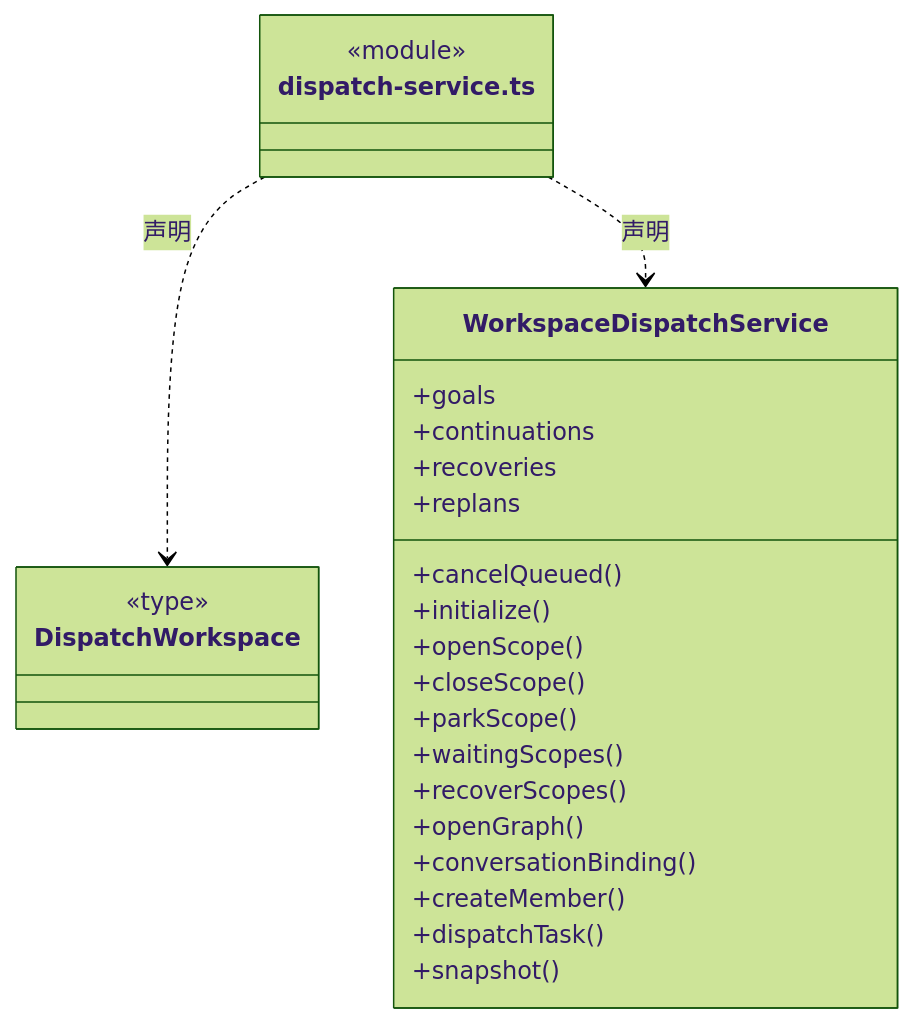
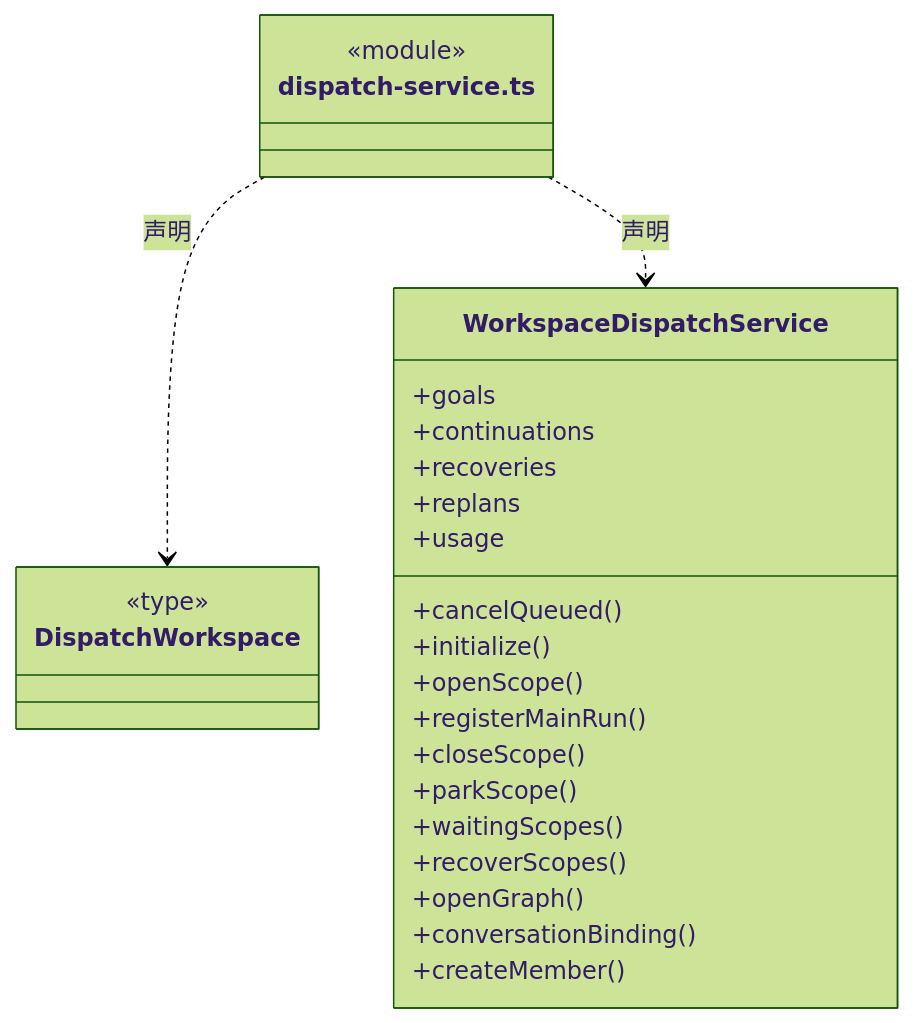
The sixth of 44 diagrams in src/backend/scheduler-engine/execution/ARCHITECTURE.md (nan023062/cbim), drawn with Mermaid (forest theme) before and after one commit. The commit also changed other lines of this file and 53 other files, not shown here.

````diff
--- a/src/backend/scheduler-engine/execution/ARCHITECTURE.md
+++ b/src/backend/scheduler-engine/execution/ARCHITECTURE.md
@@ -196,30 +197,30 @@
 ```mermaid
 classDiagram
 class N_src_backend_scheduler_engine_execution_dispatch_service_ts["dispatch-service.ts"] {
   <<module>>
 }
 class N_src_backend_scheduler_engine_execution_dispatch_service_ts_DispatchWorkspace["DispatchWorkspace"] {
   <<type>>
 
 }
 N_src_backend_scheduler_engine_execution_dispatch_service_ts ..> N_src_backend_scheduler_engine_execution_dispatch_service_ts_DispatchWorkspace : 声明
 class N_src_backend_scheduler_engine_execution_dispatch_service_ts_WorkspaceDispatchService["WorkspaceDispatchService"] {
   +goals
   +continuations
   +recoveries
   +replans
+  +usage
   +cancelQueued()
   +initialize()
   +openScope()
+  +registerMainRun()
   +closeScope()
   +parkScope()
   +waitingScopes()
   +recoverScopes()
   +openGraph()
   +conversationBinding()
   +createMember()
-  +dispatchTask()
-  +snapshot()
 }
 N_src_backend_scheduler_engine_execution_dispatch_service_ts ..> N_src_backend_scheduler_engine_execution_dispatch_service_ts_WorkspaceDispatchService : 声明
 ```
````
